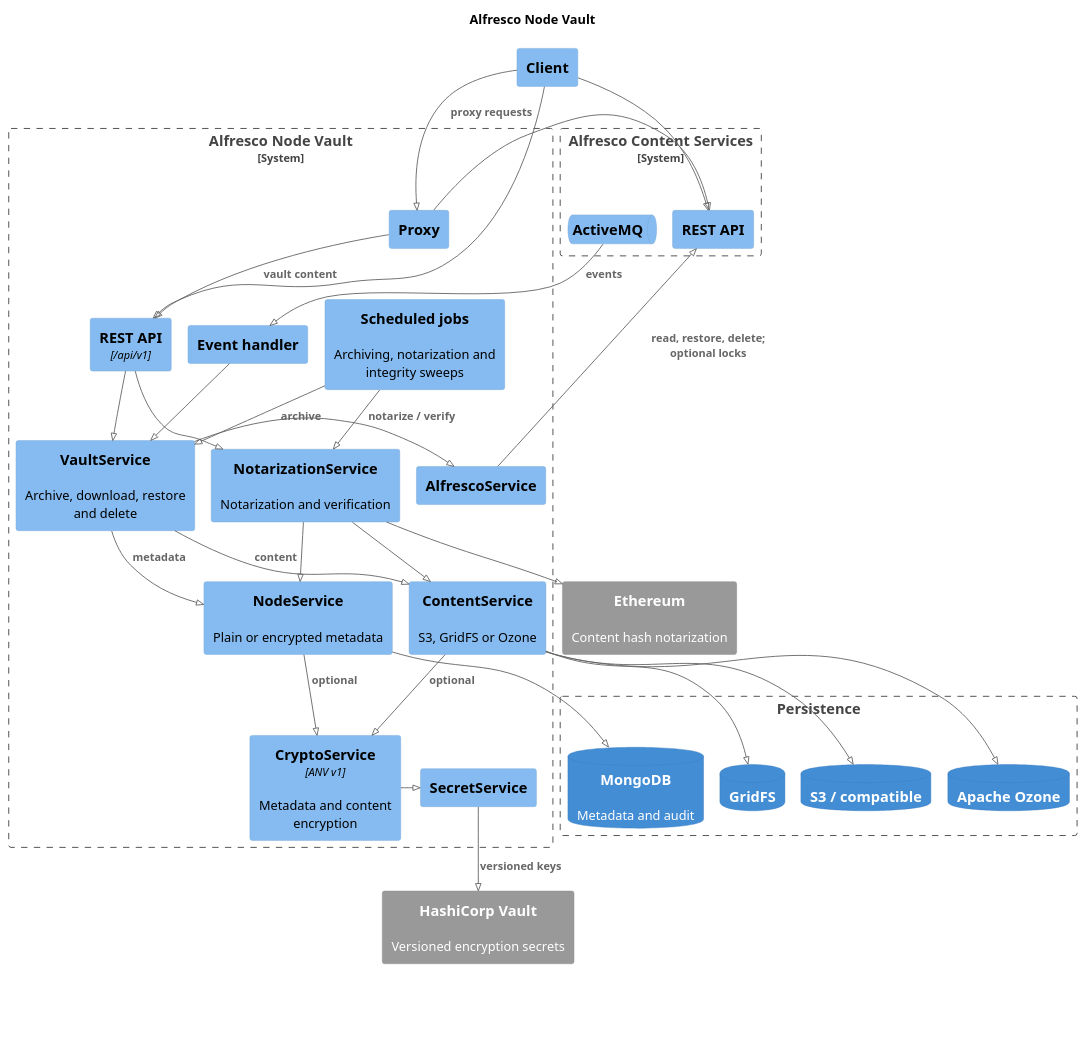
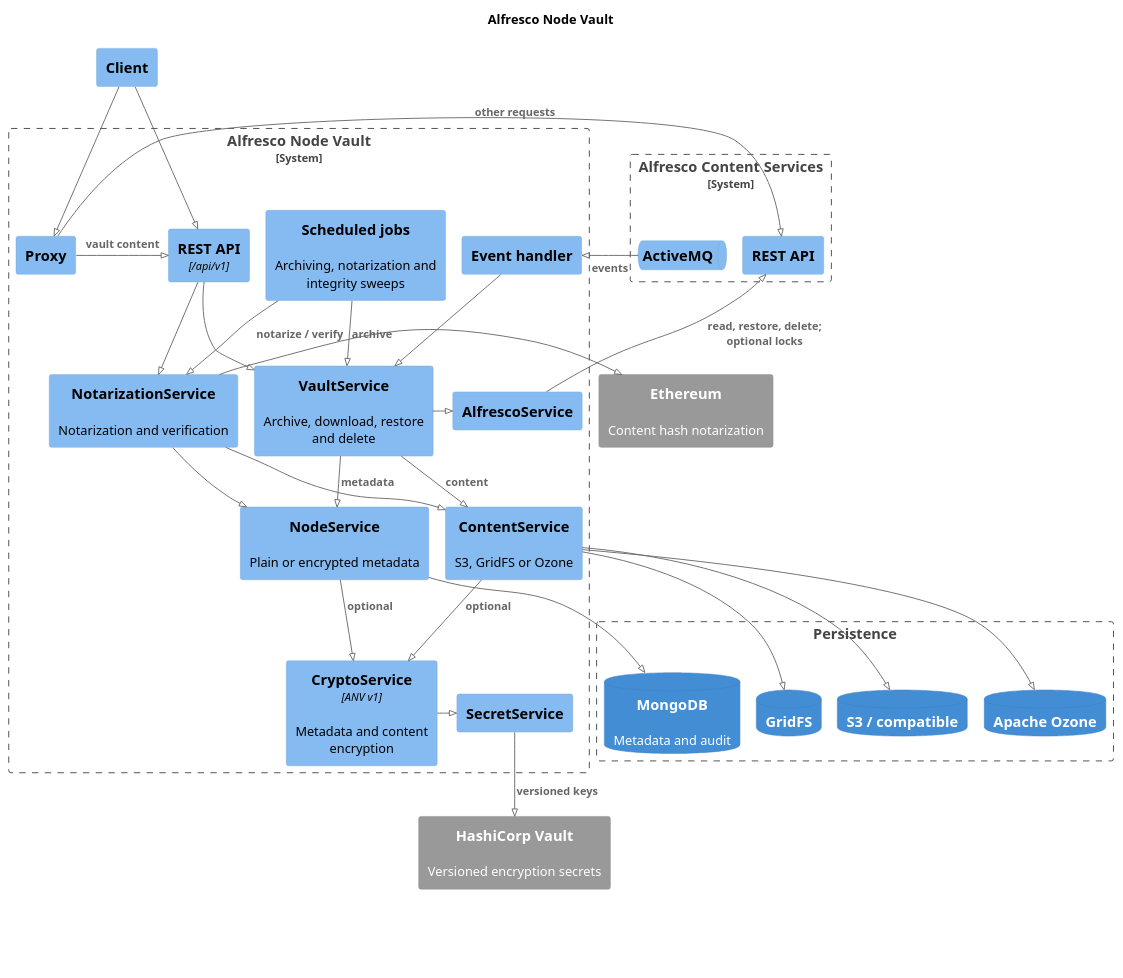
One commit to saidone75/alfresco-node-vault changed the diagram in architecture.puml. Above: the diagram before and after it, drawn with PlantUML. The commit also changed 1 other file, not shown here.

Commit message:
Rearrange the architecture diagram to reduce crossing arrows

```diff
--- a/architecture.puml
+++ b/architecture.puml
@@ -1,72 +1,89 @@
 @startuml
 !pragma layout smetana
 !include <C4/C4_Container>
 !include <C4/C4_Component>
 
 hide stereotype
 
 title Alfresco Node Vault
 
+Component(client, "Client")
+
 System_Boundary(anv, "Alfresco Node Vault") {
   Component(anvProxy, "Proxy")
   Component(anvApi, "REST API", "/api/v1")
+  Component(anvJob, "Scheduled jobs", "", "Archiving, notarization and integrity sweeps")
   Component(anvHandler, "Event handler")
-  Component(anvJob, "Scheduled jobs", "", "Archiving, notarization and integrity sweeps")
+  Component(anvNotarization, "NotarizationService", "", "Notarization and verification")
   Component(anvVault, "VaultService", "", "Archive, download, restore and delete")
   Component(anvAlfresco, "AlfrescoService")
   Component(anvNode, "NodeService", "", "Plain or encrypted metadata")
   Component(anvContent, "ContentService", "", "S3, GridFS or Ozone")
   Component(anvCrypto, "CryptoService", "ANV v1", "Metadata and content encryption")
   Component(anvSecret, "SecretService")
-  Component(anvNotarization, "NotarizationService", "", "Notarization and verification")
 }
 
 System_Boundary(acs, "Alfresco Content Services") {
+  Component(acsApi, "REST API")
   ComponentQueue(acsQueue, "ActiveMQ")
-  Component(acsApi, "REST API")
 }
+
+System_Ext(blockchain, "Ethereum", "Content hash notarization")
+System_Ext(secrets, "HashiCorp Vault", "Versioned encryption secrets")
 
 Boundary(storage, "Persistence") {
   ContainerDb(anvMongo, "MongoDB", "", "Metadata and audit")
   ContainerDb(anvGrid, "GridFS")
   ContainerDb(anvS3, "S3 / compatible")
   ContainerDb(anvOzone, "Apache Ozone")
 }
-System_Ext(secrets, "HashiCorp Vault", "Versioned encryption secrets")
-System_Ext(blockchain, "Ethereum", "Content hash notarization")
-Component(client, "Client")
 
+' Entry points
 Rel_D(client, anvProxy, "")
 Rel_D(client, anvApi, "")
-Rel_R(client, acsApi, "")
-Rel_D(acsQueue, anvHandler, "events")
-Rel_D(anvProxy, anvApi, "vault content")
-Rel_R(anvProxy, acsApi, "proxy requests")
+Rel_R(anvProxy, anvApi, "vault content")
+Rel_R(anvProxy, acsApi, "other requests")
+Rel_L(acsQueue, anvHandler, "events")
+
+' Services
 Rel_D(anvApi, anvVault, "")
+Rel_D(anvJob, anvVault, "archive")
 Rel_D(anvHandler, anvVault, "")
-Rel_D(anvJob, anvVault, "archive")
+Rel_D(anvApi, anvNotarization, "")
+Rel_D(anvJob, anvNotarization, "notarize / verify")
 Rel_R(anvVault, anvAlfresco, "")
-Rel_R(anvAlfresco, acsApi, "read, restore, delete; optional locks")
+Rel_U(anvAlfresco, acsApi, "read, restore, delete; optional locks")
 Rel_D(anvVault, anvNode, "metadata")
 Rel_D(anvVault, anvContent, "content")
-Rel_D(anvApi, anvNotarization, "")
-Rel_D(anvJob, anvNotarization, "notarize / verify")
-Rel_D(anvNotarization, blockchain, "")
 Rel_D(anvNotarization, anvNode, "")
 Rel_D(anvNotarization, anvContent, "")
+Rel_L(anvNotarization, blockchain, "")
+
+' Encryption
+Rel_D(anvNode, anvCrypto, "optional")
+Rel_D(anvContent, anvCrypto, "optional")
+Rel_R(anvCrypto, anvSecret, "")
+Rel_D(anvSecret, secrets, "versioned keys")
+
+' Persistence
 Rel_D(anvNode, anvMongo, "")
 Rel_D(anvContent, anvGrid, "")
 Rel_D(anvContent, anvS3, "")
 Rel_D(anvContent, anvOzone, "")
-Rel_D(anvNode, anvCrypto, "optional")
-Rel_D(anvContent, anvCrypto, "optional")
-Rel_R(anvCrypto, anvSecret, "")
-Rel_D(anvSecret, secrets, "versioned keys")
+
+' Layout hints
+Lay_R(anvApi, anvJob)
+Lay_R(anvJob, anvHandler)
+Lay_R(anvNotarization, anvVault)
+Lay_R(anvNode, anvContent)
+Lay_R(anvMongo, anvGrid)
+Lay_R(anvGrid, anvS3)
+Lay_R(anvS3, anvOzone)
 
 legend bottom left
   Content storage: select one of S3, GridFS or Ozone.
   Node operations and background jobs coordinate through MongoDB-backed ShedLock leases.
   Key rotation and integrity sweeps are available through REST APIs and maintenance services.
   Operation and integrity metrics are exported to Prometheus / Grafana.
 endlegend
 @enduml
```
